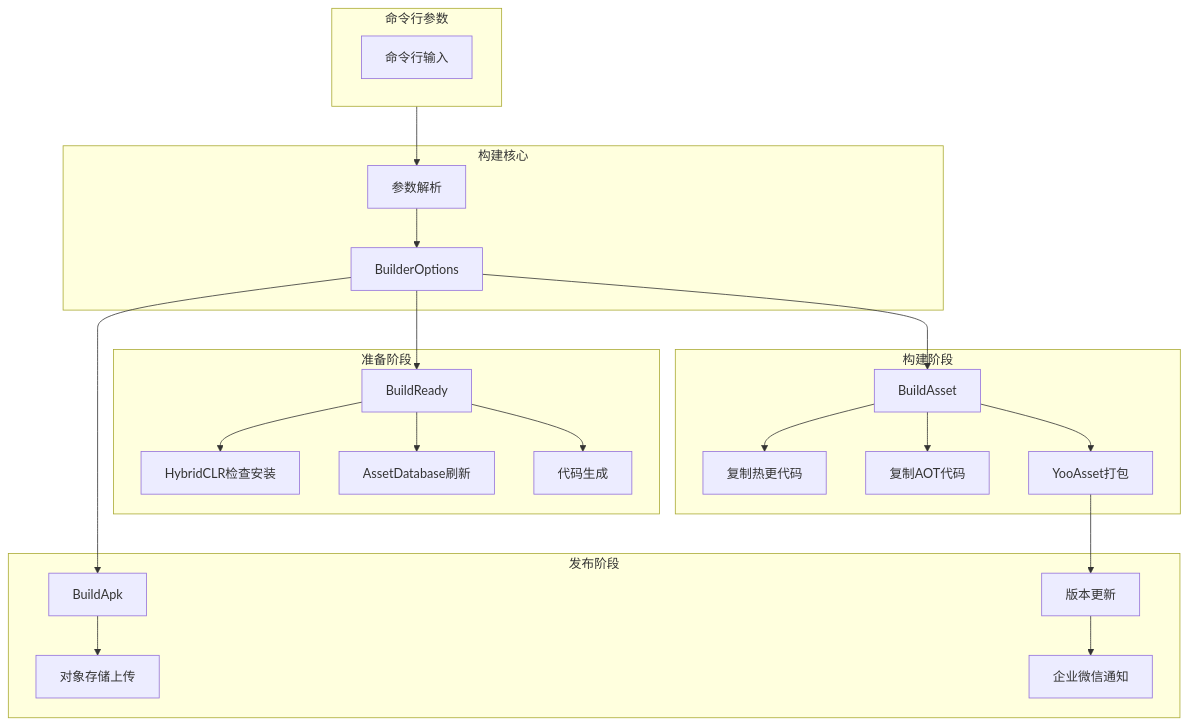
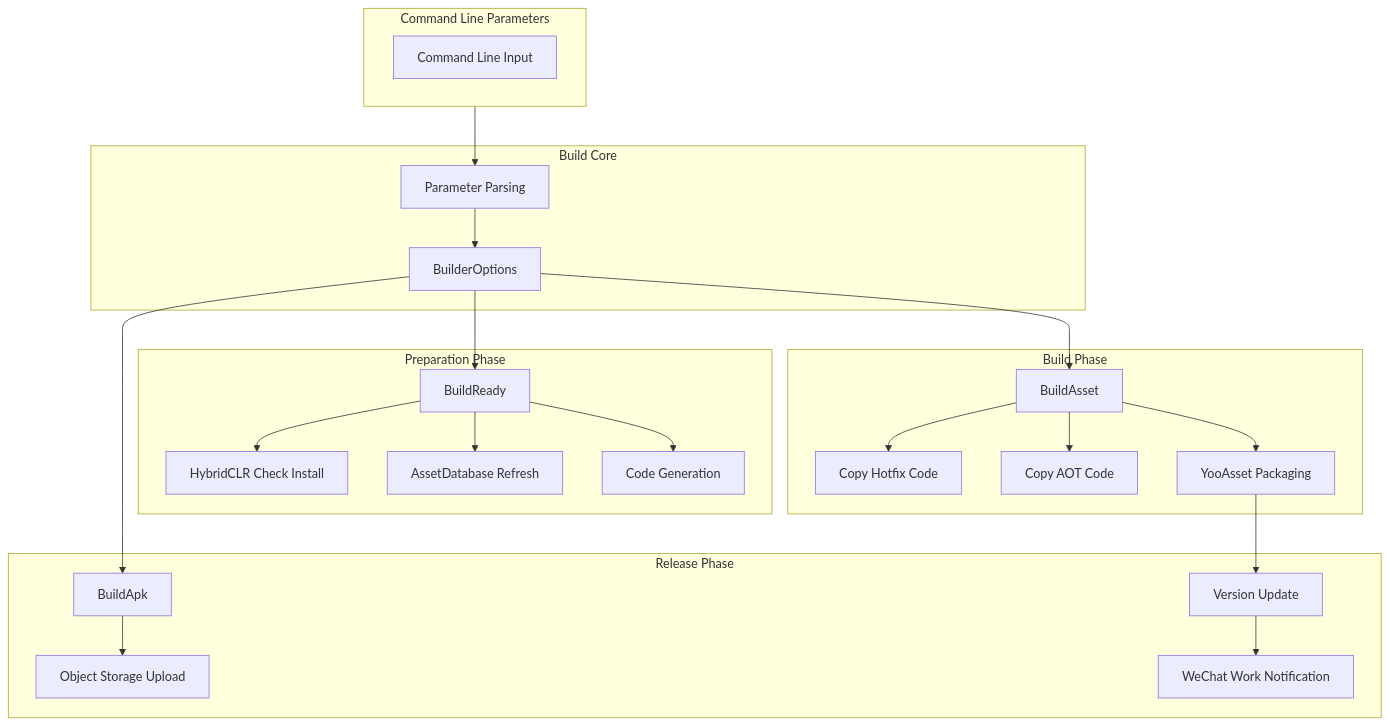
Before and after one commit to AlianBlank/GameFrameX.Docs: the first of 2 diagrams in docs/en/client/unity/component/builder/03.getting-started.md, drawn with Mermaid. The commit also changed other lines of this file and 242 other files, not shown here.

````diff
--- a/docs/en/client/unity/component/builder/03.getting-started.md
+++ b/docs/en/client/unity/component/builder/03.getting-started.md
@@ -17,47 +17,47 @@
 ```mermaid
 flowchart TD
-    subgraph CLI["命令行参数"]
-        CMD[命令行输入]
+    subgraph CLI["Command Line Parameters"]
+        CMD[Command Line Input]
     end
 
-    subgraph Core["构建核心"]
-        Parse[参数解析]
+    subgraph Core["Build Core"]
+        Parse[Parameter Parsing]
         Options[BuilderOptions]
     end
 
-    subgraph Prepare["准备阶段"]
+    subgraph Prepare["Preparation Phase"]
         Ready[BuildReady]
-        HybridCLR[HybridCLR检查安装]
-        Refresh[AssetDatabase刷新]
-        Generate[代码生成]
+        HybridCLR[HybridCLR Check Install]
+        Refresh[AssetDatabase Refresh]
+        Generate[Code Generation]
     end
 
-    subgraph Build["构建阶段"]
+    subgraph Build["Build Phase"]
         Asset[BuildAsset]
-        CopyHotfix[复制热更代码]
-        CopyAOT[复制AOT代码]
-        YooAsset[YooAsset打包]
+        CopyHotfix[Copy Hotfix Code]
+        CopyAOT[Copy AOT Code]
+        YooAsset[YooAsset Packaging]
     end
 
-    subgraph Package["发布阶段"]
+    subgraph Package["Release Phase"]
         Apk[BuildApk]
-        Upload[对象存储上传]
-        VersionUpdate[版本更新]
-        WeChat[企业微信通知]
+        Upload[Object Storage Upload]
+        VersionUpdate[Version Update]
+        WeChat[WeChat Work Notification]
     end
 
     CLI --> Parse
     Parse --> Options
     Options --> Ready
     Ready --> HybridCLR
     Ready --> Refresh
     Ready --> Generate
     Options --> Asset
     Asset --> CopyHotfix
     Asset --> CopyAOT
     Asset --> YooAsset
     Options --> Apk
     Apk --> Upload
     YooAsset --> VersionUpdate
     VersionUpdate --> WeChat
 ```
````
